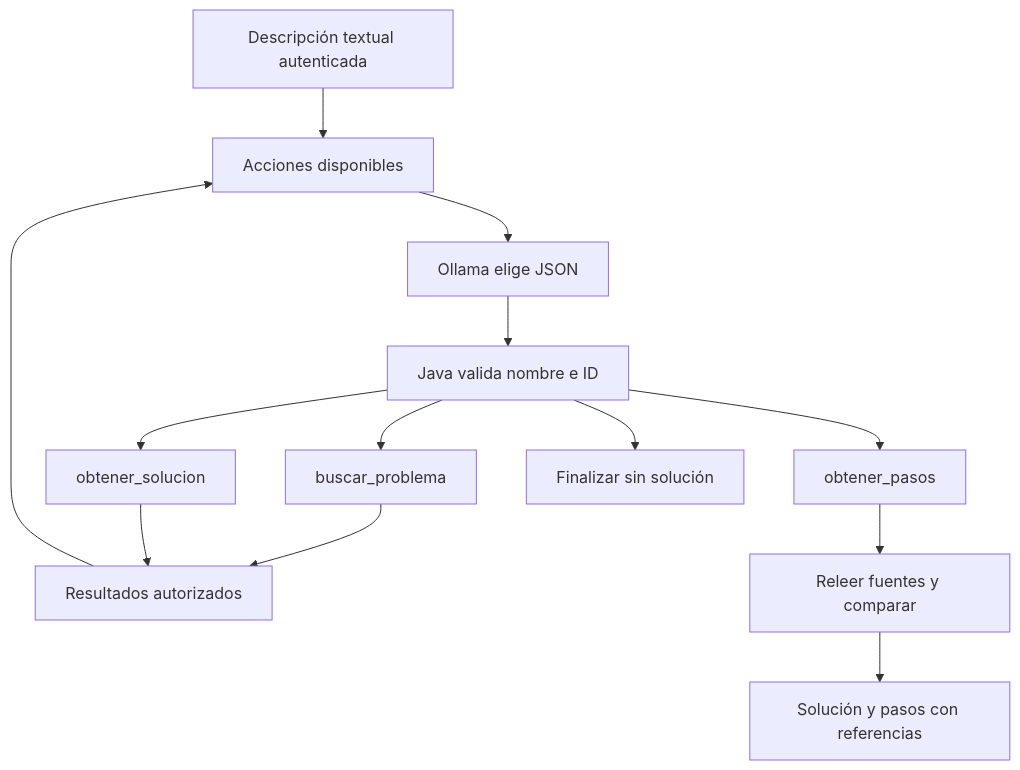
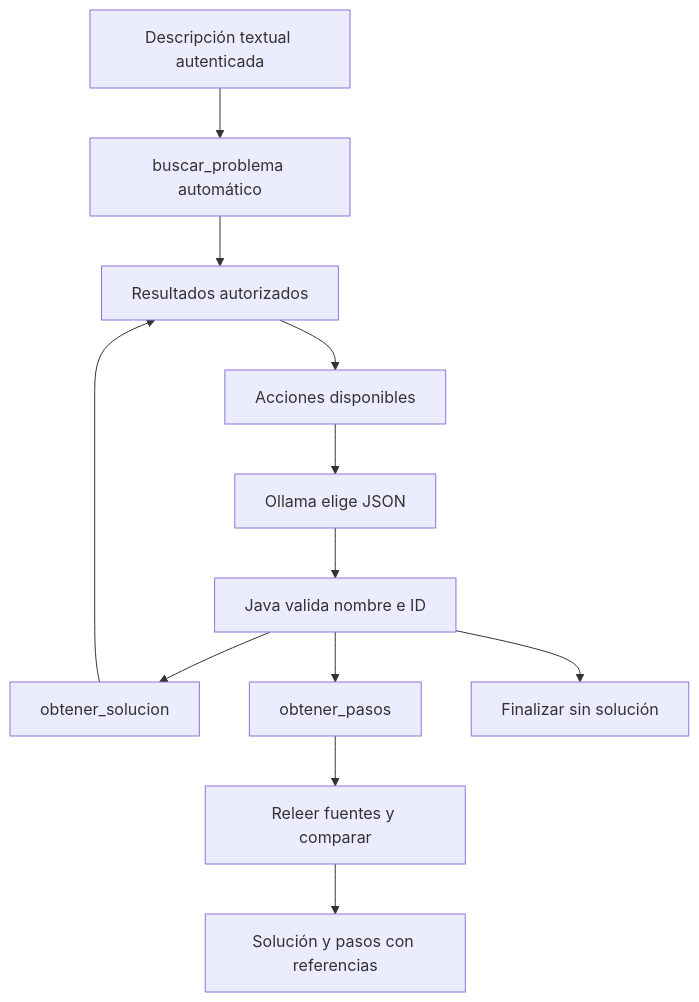
One commit to evagil/Base-de-conocimiento-Chatbot changed the diagram in docs/AGENTE_TEXTUAL.md. Above: the diagram before and after it, drawn with Mermaid. The commit also changed other lines of this file and 48 other files, not shown here.

````diff
--- a/docs/AGENTE_TEXTUAL.md
+++ b/docs/AGENTE_TEXTUAL.md
@@ -36,16 +45,15 @@
 ```mermaid
 flowchart TD
-    Texto[Descripción textual autenticada] --> Opciones[Acciones disponibles]
+    Texto[Descripción textual autenticada] --> Buscar[buscar_problema automático]
+    Buscar --> Datos[Resultados autorizados]
     Opciones --> Modelo[Ollama elige JSON]
     Modelo --> Validar[Java valida nombre e ID]
-    Validar --> Buscar[buscar_problema]
     Validar --> Soluciones[obtener_solucion]
     Validar --> Pasos[obtener_pasos]
-    Buscar --> Datos[Resultados autorizados]
     Soluciones --> Datos
     Pasos --> Vigencia
-    Datos --> Opciones
+    Datos --> Opciones[Acciones disponibles]
     Validar --> Abstener[Finalizar sin solución]
     Vigencia[Releer fuentes y comparar]
     Vigencia --> Respuesta[Solución y pasos con referencias]
 ```
````
